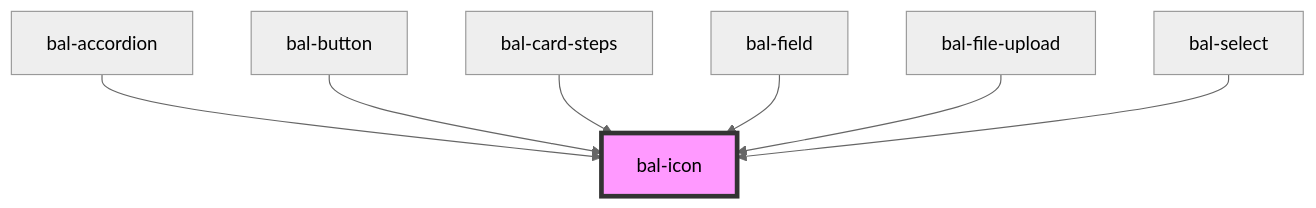
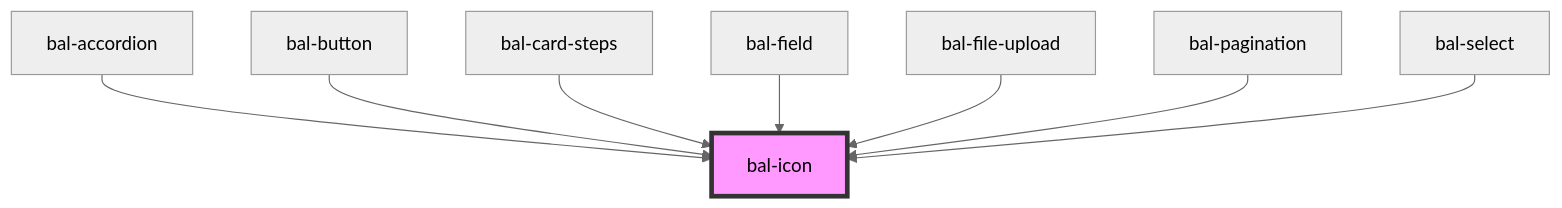
One commit to baloise/ui-library-next changed the diagram in packages/library/src/components/bal-icon/readme.md. Above: the diagram before and after it, drawn with Mermaid (neutral theme). The commit also changed other lines of this file and 9 other files, not shown here.

````diff
--- a/packages/library/src/components/bal-icon/readme.md
+++ b/packages/library/src/components/bal-icon/readme.md
@@ -96,10 +97,11 @@
 ```mermaid
 graph TD;
   bal-accordion --> bal-icon
   bal-button --> bal-icon
   bal-card-steps --> bal-icon
   bal-field --> bal-icon
   bal-file-upload --> bal-icon
+  bal-pagination --> bal-icon
   bal-select --> bal-icon
   style bal-icon fill:#f9f,stroke:#333,stroke-width:4px
 ```
````
